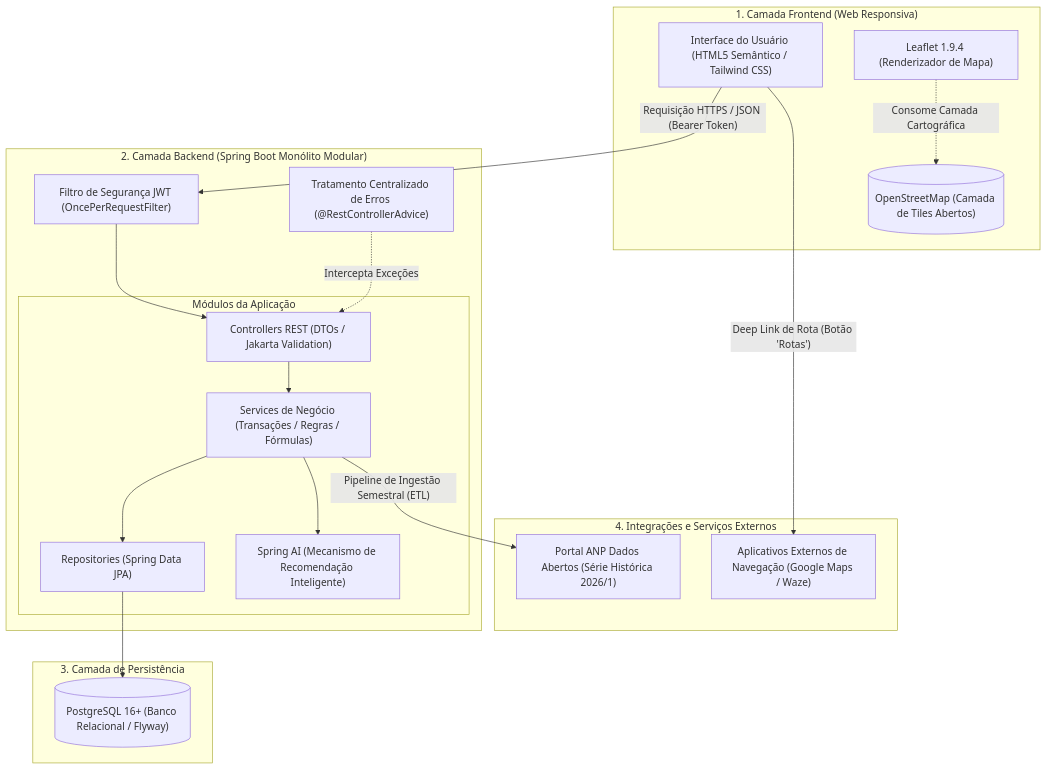
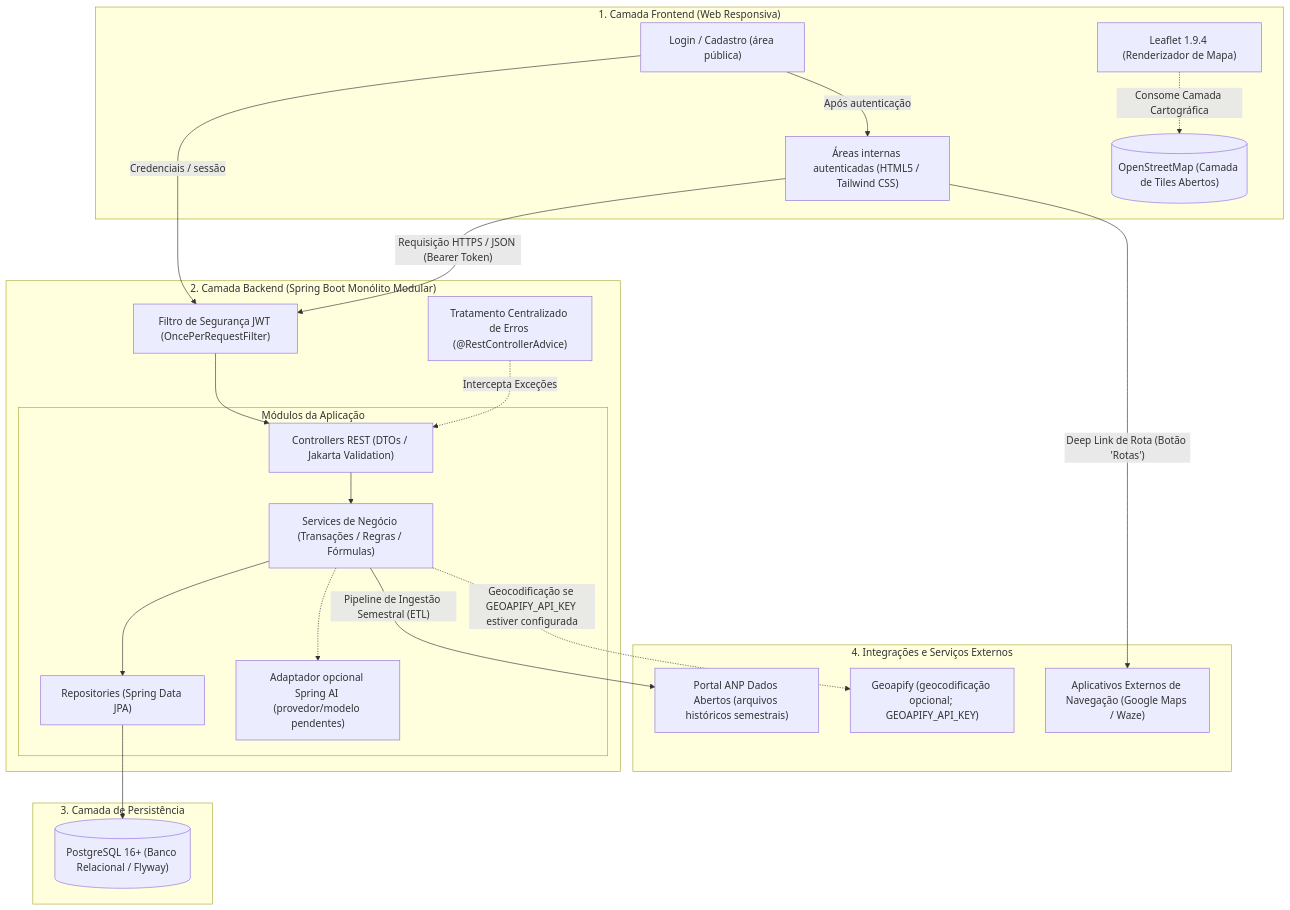
Before and after one commit to fuguharawillian/FuelFinder-: the first of 6 diagrams in .ai/architecture.md, drawn with Mermaid. The commit also changed other lines of this file and 201 other files, not shown here.

````diff
--- a/.ai/architecture.md
+++ b/.ai/architecture.md
@@ -40,41 +47,46 @@
 ```mermaid
 flowchart TB
     subgraph FRONTEND["1. Camada Frontend (Web Responsiva)"]
-        UI["Interface do Usuário (HTML5 Semântico / Tailwind CSS)"]
+        LOGIN["Login / Cadastro (área pública)"]
+        UI["Áreas internas autenticadas (HTML5 / Tailwind CSS)"]
         LEAFLET["Leaflet 1.9.4 (Renderizador de Mapa)"]
         OSM_TILES[("OpenStreetMap (Camada de Tiles Abertos)")]
         LEAFLET -. Consome Camada Cartográfica .-> OSM_TILES
     end
 
     subgraph BACKEND["2. Camada Backend (Spring Boot Monólito Modular)"]
         AUTH_FILTER["Filtro de Segurança JWT (OncePerRequestFilter)"]
         EX_HANDLER["Tratamento Centralizado de Erros (@RestControllerAdvice)"]
         
         subgraph MODULES["Módulos da Aplicação"]
             CTRL["Controllers REST (DTOs / Jakarta Validation)"]
             SRV["Services de Negócio (Transações / Regras / Fórmulas)"]
             REPO["Repositories (Spring Data JPA)"]
-            AI["Spring AI (Mecanismo de Recomendação Inteligente)"]
+            AI["Adaptador opcional Spring AI (provedor/modelo pendentes)"]
         end
 
         AUTH_FILTER --> CTRL
         CTRL --> SRV
         SRV --> REPO
-        SRV --> AI
+        SRV -.-> AI
         EX_HANDLER -. Intercepta Exceções .-> CTRL
     end
 
     subgraph DATABASE["3. Camada de Persistência"]
         POSTGRES[("PostgreSQL 16+ (Banco Relacional / Flyway)")]
         REPO --> POSTGRES
     end
 
     subgraph EXTERNAL["4. Integrações e Serviços Externos"]
-        ANP_PORTAL["Portal ANP Dados Abertos (Série Histórica 2026/1)"]
+        ANP_PORTAL["Portal ANP Dados Abertos (arquivos históricos semestrais)"]
+        GEOAPIFY["Geoapify (geocodificação opcional; GEOAPIFY_API_KEY)"]
         EXT_NAV["Aplicativos Externos de Navegação (Google Maps / Waze)"]
     end
 
     UI -- "Requisição HTTPS / JSON (Bearer Token)" --> AUTH_FILTER
+    LOGIN -->|"Credenciais / sessão"| AUTH_FILTER
+    LOGIN -->|"Após autenticação"| UI
     SRV -- "Pipeline de Ingestão Semestral (ETL)" --> ANP_PORTAL
+    SRV -. "Geocodificação se GEOAPIFY_API_KEY estiver configurada" .-> GEOAPIFY
     UI -- "Deep Link de Rota (Botão 'Rotas')" --> EXT_NAV
 ```
````
